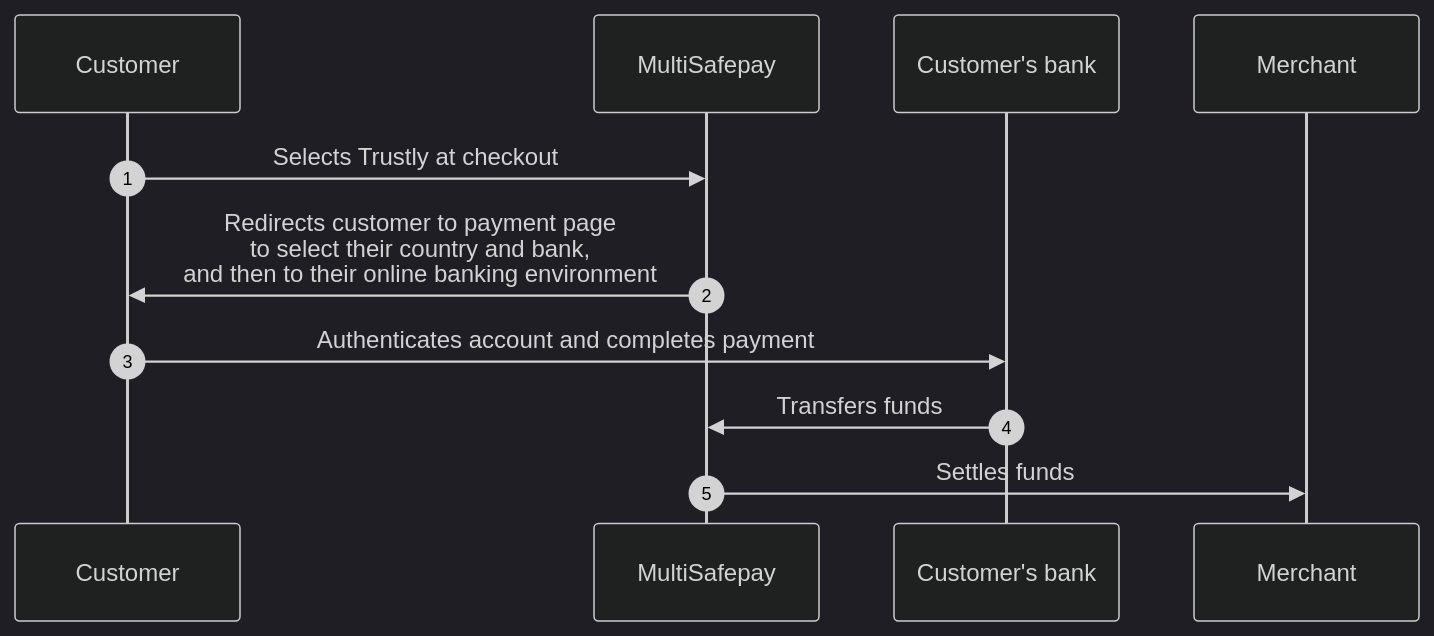
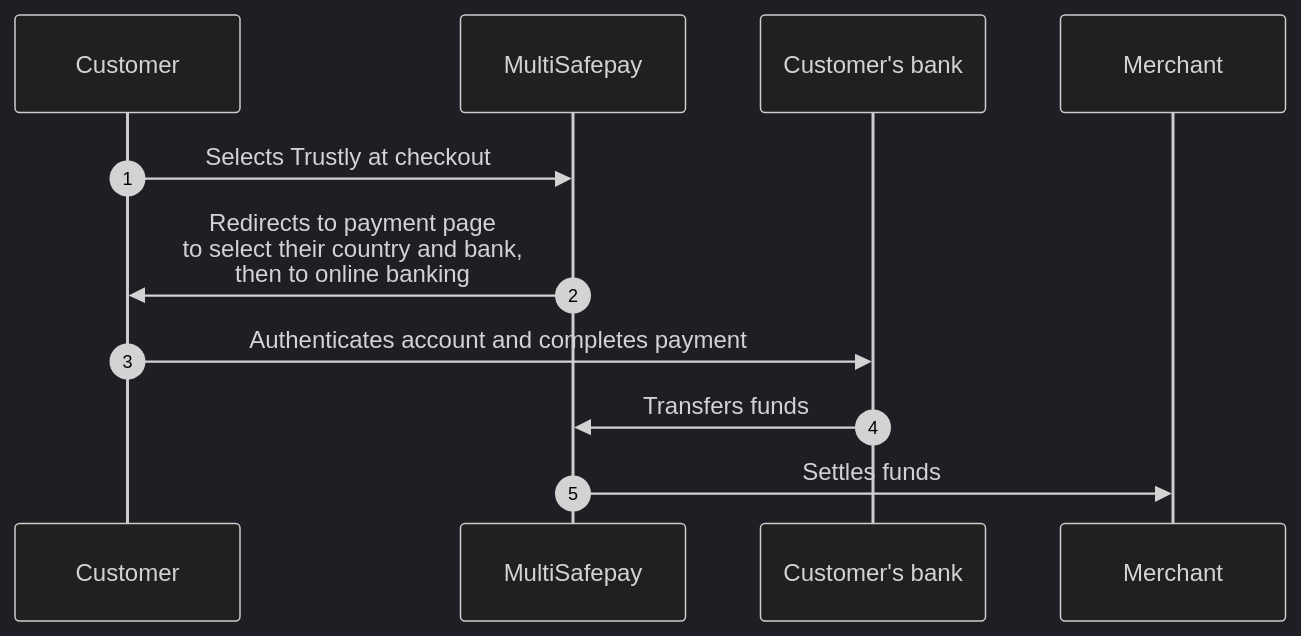
The diagram in content/payments/methods/banks/trustly/payment-flow.md (MultiSafepay/docs), drawn with Mermaid (dark theme) before and after one commit. The commit also changed other lines of this file and 35 other files, not shown here.

```diff
--- a/content/payments/methods/banks/trustly/payment-flow.md
+++ b/content/payments/methods/banks/trustly/payment-flow.md
@@ -16,16 +16,16 @@
 {{< mermaid class="text-center" >}}
 
 sequenceDiagram
     autonumber
     participant C as Customer
     participant Mu as MultiSafepay
     participant CB as Customer's bank
     participant Me as Merchant
 
     C->>Mu: Selects Trustly at checkout
-    Mu->>C: Redirects customer to payment page <br> to select their country and bank, <br> and then to their online banking environment
+    Mu->>C: Redirects to payment page <br> to select their country and bank, <br> then to online banking
     C->>CB: Authenticates account and completes payment
     CB->>Mu: Transfers funds 
     Mu->>Me: Settles funds
 
 {{< /mermaid >}}
```
